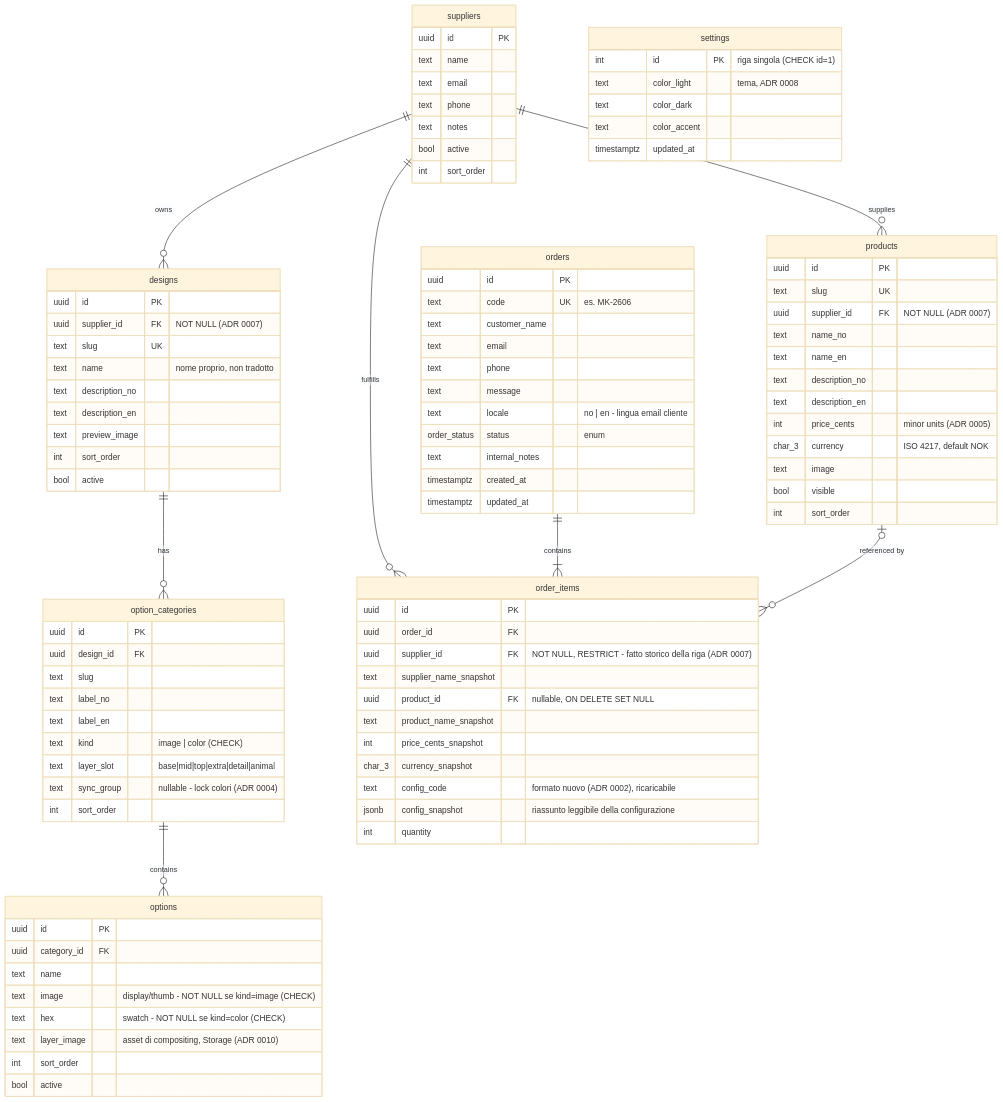
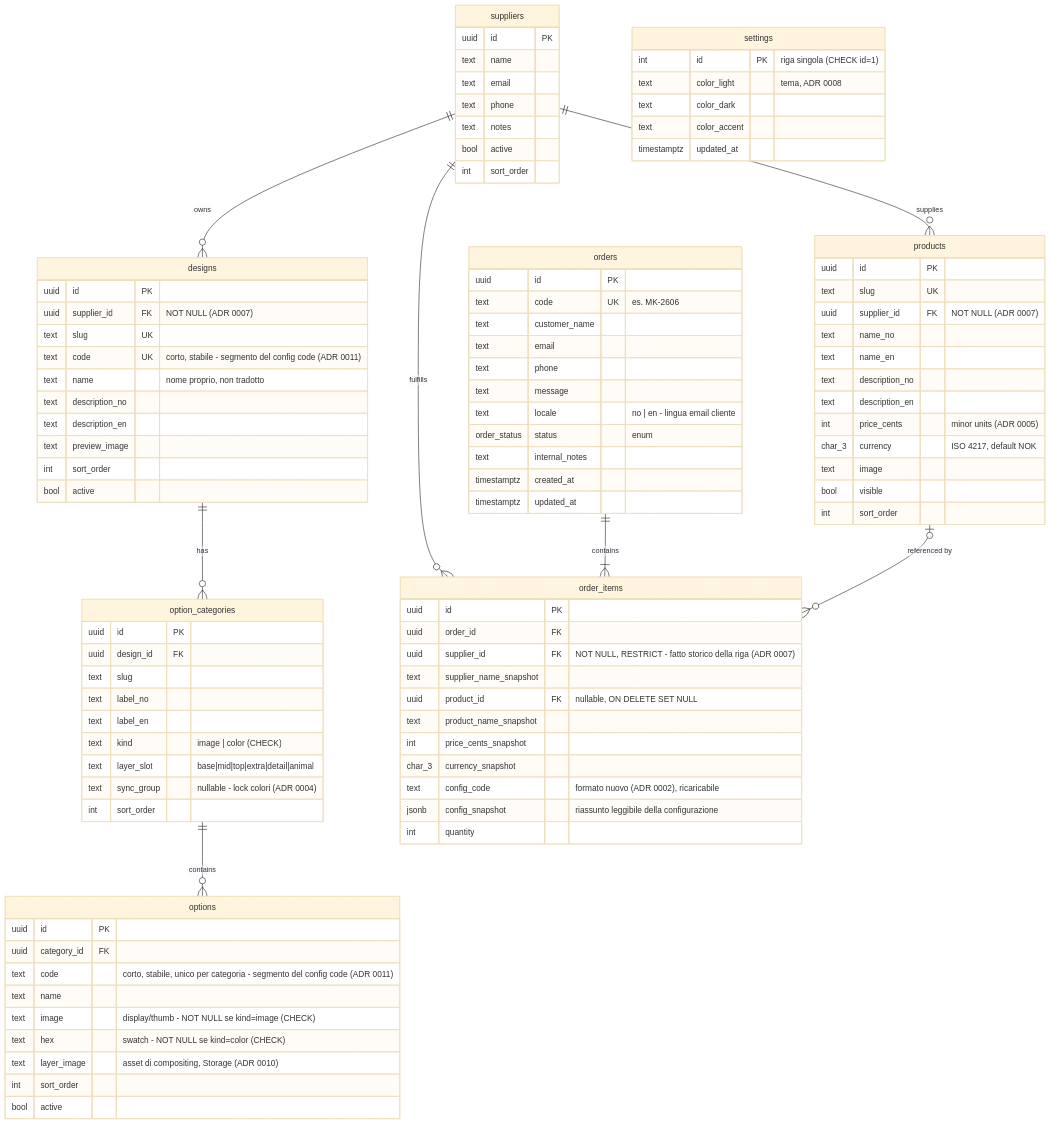
Before and after one commit to minkeramikk/minkeramikk: the diagram in docs/adr/schema-er.md, drawn with Mermaid (base theme). The commit also changed other lines of this file and 22 other files, not shown here.

Commit message:
F04 — config code: stable catalog codes, encode/decode, copy/paste/share (ADR 0011)

```diff
--- a/docs/adr/schema-er.md
+++ b/docs/adr/schema-er.md
@@ -20,6 +20,7 @@
         uuid id PK
         uuid supplier_id FK "NOT NULL (ADR 0007)"
         text slug UK
+        text code UK "corto, stabile - segmento del config code (ADR 0011)"
         text name "nome proprio, non tradotto"
         text description_no
         text description_en
@@ -43,6 +44,7 @@
     options {
         uuid id PK
         uuid category_id FK
+        text code "corto, stabile, unico per categoria - segmento del config code (ADR 0011)"
         text name
         text image "display/thumb - NOT NULL se kind=image (CHECK)"
         text hex "swatch - NOT NULL se kind=color (CHECK)"
```
